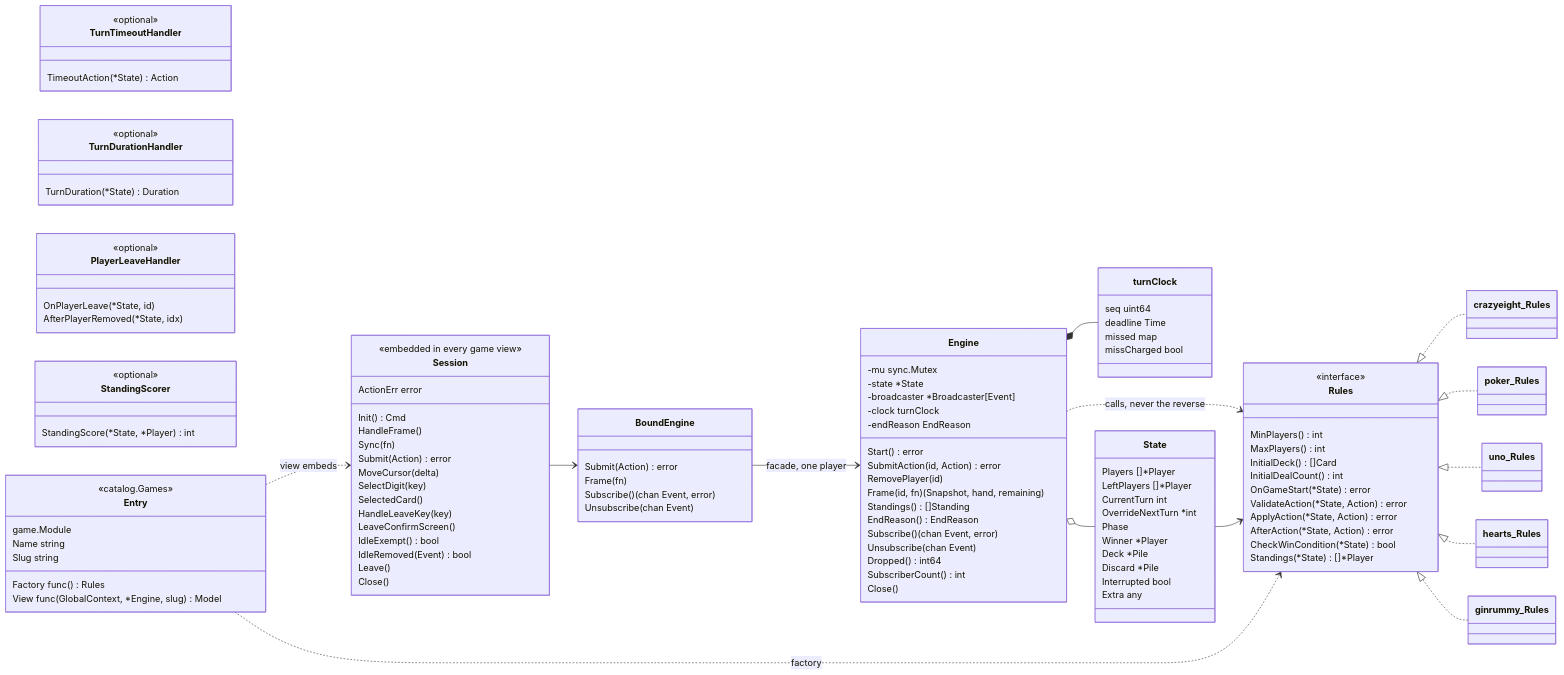
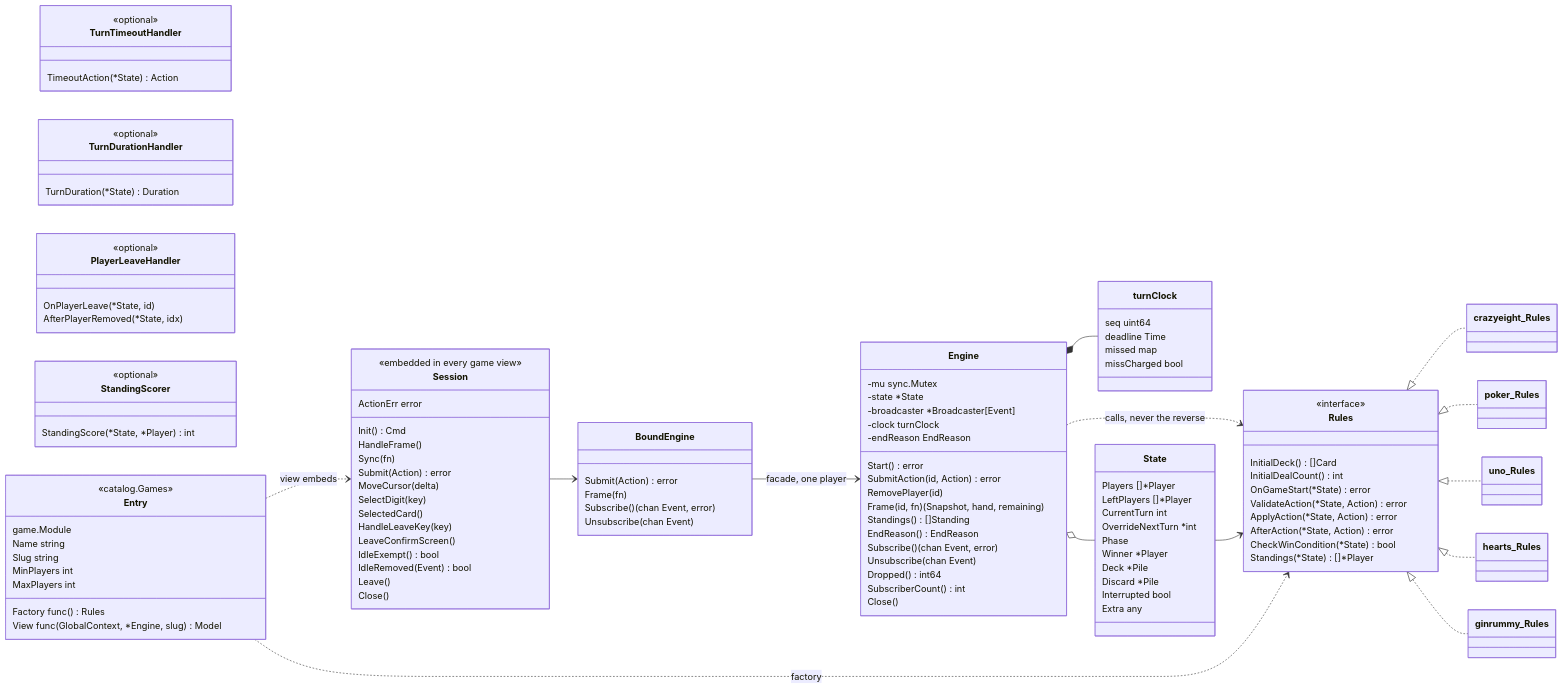
The tenth of 11 diagrams in docs/codebase-map.md (Pieczasz/tty-cards), drawn with Mermaid before and after one commit. The commit also changed 40 other files, not shown here.

```diff
--- a/docs/codebase-map.md
+++ b/docs/codebase-map.md
@@ -348,8 +348,6 @@
     direction LR
     class Rules {
         <<interface>>
-        MinPlayers() int
-        MaxPlayers() int
         InitialDeck() []Card
         InitialDealCount() int
         OnGameStart(*State) error
@@ -441,6 +439,8 @@
         game.Module
         Name string
         Slug string
+        MinPlayers int
+        MaxPlayers int
         Factory func() Rules
         View func(GlobalContext, *Engine, slug) Model
     }
```
